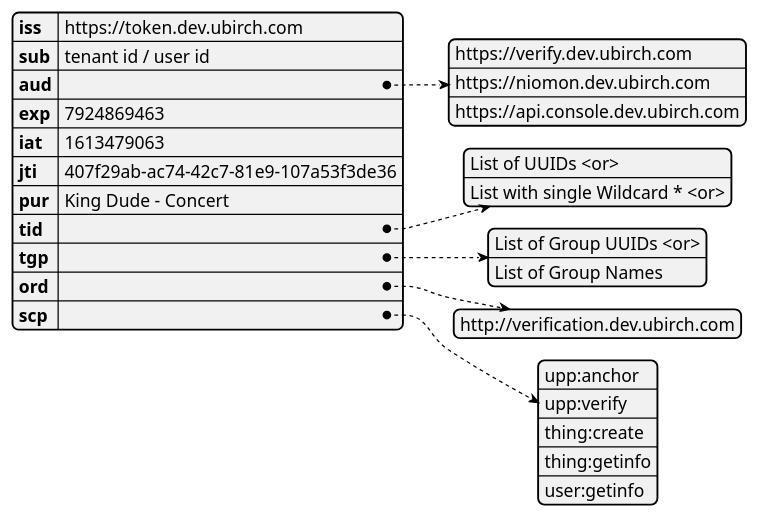
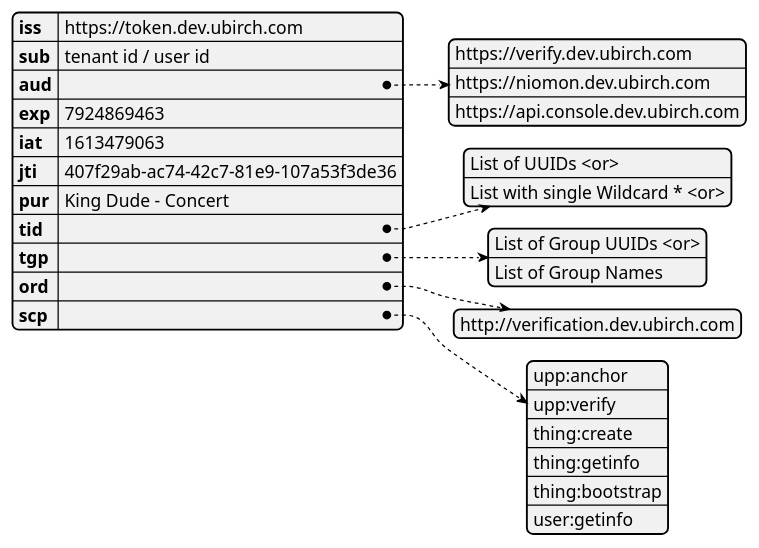
One commit to ubirch/ubirch-token-manager changed the diagram in assets/DataPayload.puml. Above: the diagram before and after it, drawn with PlantUML. The commit also changed 7 other files, not shown here.

```diff
--- a/assets/DataPayload.puml
+++ b/assets/DataPayload.puml
@@ -1,27 +1,28 @@
 @startjson
 {
   "iss": "https://token.dev.ubirch.com",
   "sub": "tenant id / user id",
   "aud": [
     "https://verify.dev.ubirch.com",
     "https://niomon.dev.ubirch.com",
     "https://api.console.dev.ubirch.com"
     ],
   "exp": 7924869463,
   "iat": 1613479063,
   "jti": "407f29ab-ac74-42c7-81e9-107a53f3de36",
   "pur": "King Dude - Concert",
   "tid": ["List of UUIDs <or>", "List with single Wildcard * <or>"],
   "tgp": ["List of Group UUIDs <or>", "List of Group Names"],
   "ord": [
     "http://verification.dev.ubirch.com"
   ],
   "scp": [
      "upp:anchor",
      "upp:verify",
      "thing:create",
      "thing:getinfo",
+     "thing:bootstrap",
      "user:getinfo"
   ]
 }
 @endjson
```
